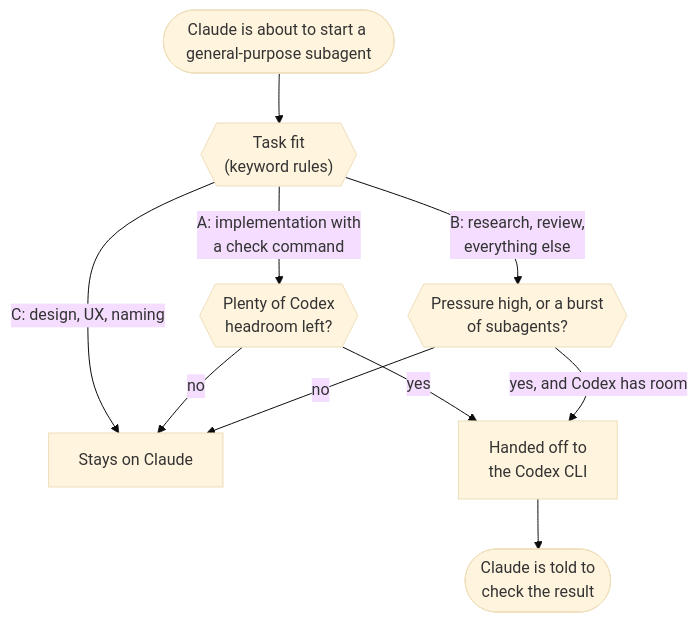
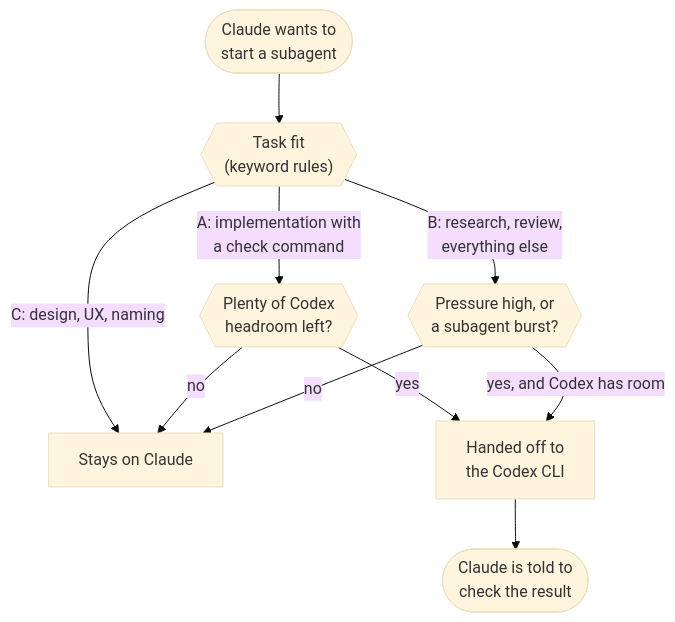
Before and after one commit to yaokaiy/agent-crossfeed: the diagram in README.md, drawn with Mermaid (base theme).

Commit message:
docs: shorten two diagram labels that GitHub wrapped badly

````diff
--- a/README.md
+++ b/README.md
@@ -23,12 +23,12 @@
 ```mermaid
 flowchart TD
-    S(["Claude is about to start a general-purpose subagent"]) --> F{{"Task fit<br/>(keyword rules)"}}
+    S(["Claude wants to<br/>start a subagent"]) --> F{{"Task fit<br/>(keyword rules)"}}
     F -- "C: design, UX, naming" --> CL["Stays on Claude"]
     F -- "A: implementation with<br/>a check command" --> H{{"Plenty of Codex<br/>headroom left?"}}
-    F -- "B: research, review,<br/>everything else" --> P{{"Pressure high, or a burst<br/>of subagents?"}}
+    F -- "B: research, review,<br/>everything else" --> P{{"Pressure high, or<br/>a subagent burst?"}}
     H -- "yes" --> CX["Handed off to<br/>the Codex CLI"]
     H -- "no" --> CL
     P -- "yes, and Codex has room" --> CX
     P -- "no" --> CL
     CX --> R(["Claude is told to<br/>check the result"])
 ```
````
